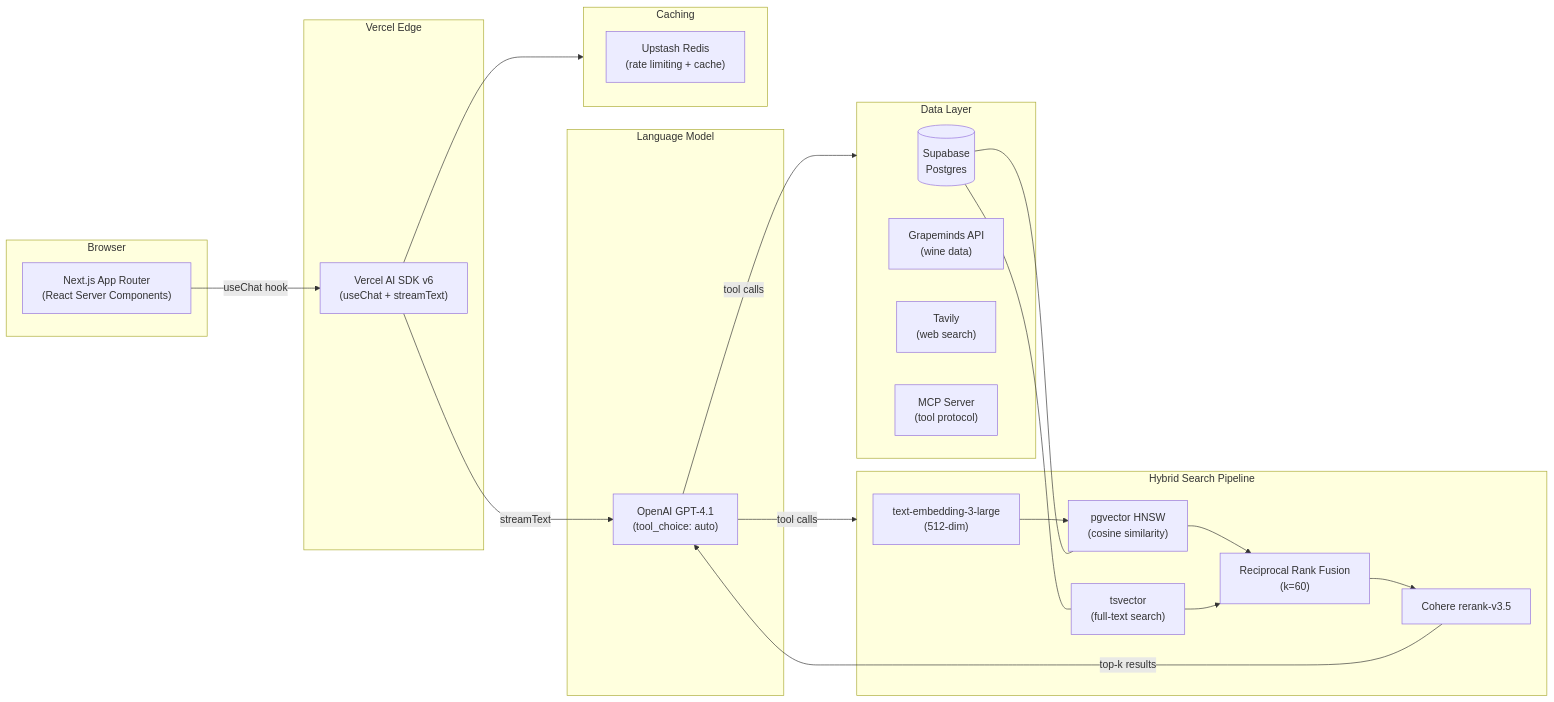
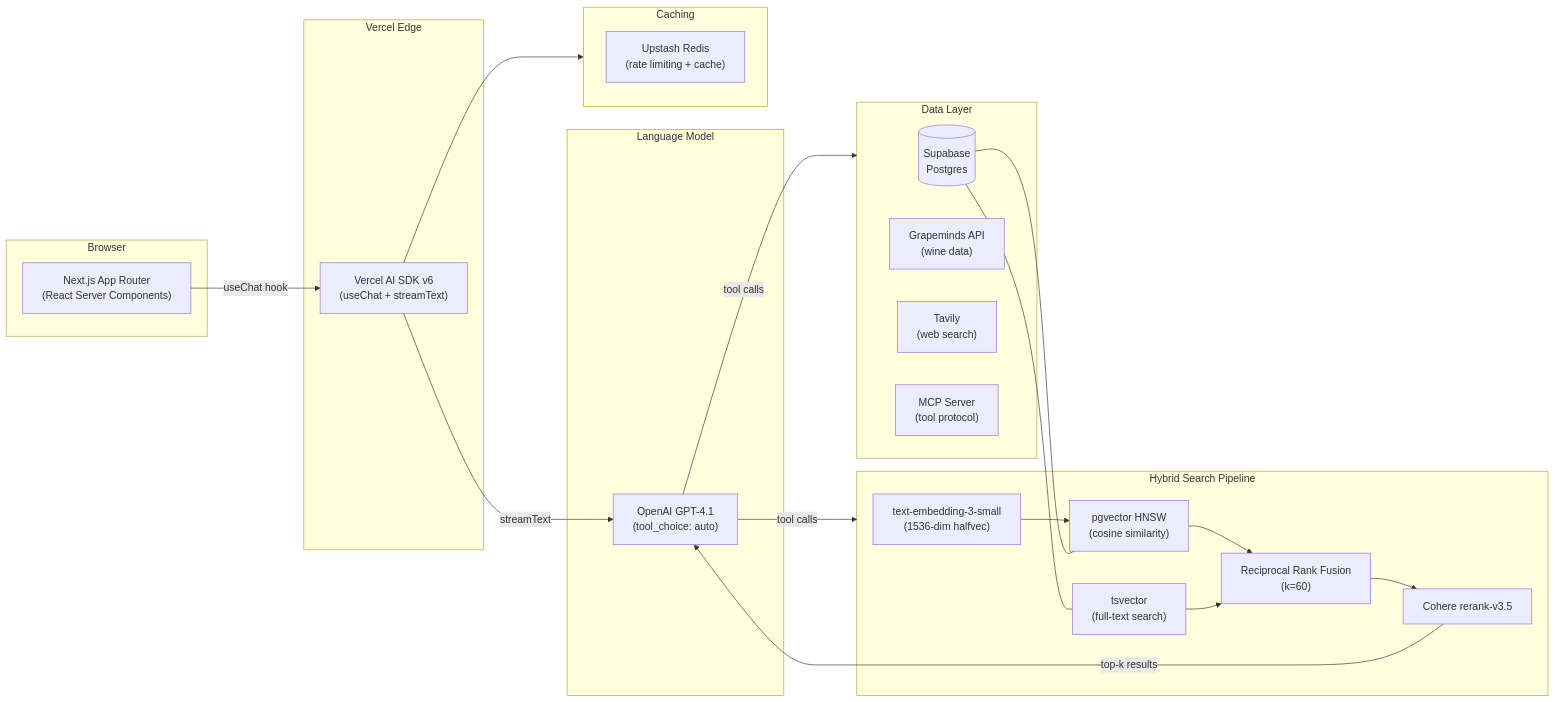
The diagram in README.md (AIJSAI/vinny-showcase), drawn with Mermaid before and after one commit. The commit also changed other lines of this file and 1 other file, not shown here.

First line of the commit message:
docs: correct embedding model, catalog provenance, and Phase 17 status

````diff
--- a/README.md
+++ b/README.md
@@ -21,46 +21,46 @@
 ```mermaid
 flowchart LR
     subgraph Client["Browser"]
         UI["Next.js App Router\n(React Server Components)"]
     end
 
     subgraph Edge["Vercel Edge"]
         AI["Vercel AI SDK v6\n(useChat + streamText)"]
     end
 
     subgraph LLM["Language Model"]
         GPT["OpenAI GPT-4.1\n(tool_choice: auto)"]
     end
 
     subgraph RAG["Hybrid Search Pipeline"]
-        EMB["text-embedding-3-large\n(512-dim)"]
+        EMB["text-embedding-3-small\n(1536-dim halfvec)"]
         VEC["pgvector HNSW\n(cosine similarity)"]
         FTS["tsvector\n(full-text search)"]
         RRF["Reciprocal Rank Fusion\n(k=60)"]
         RR["Cohere rerank-v3.5"]
     end
 
     subgraph Data["Data Layer"]
         SB[("Supabase\nPostgres")]
         GM["Grapeminds API\n(wine data)"]
         WEB["Tavily\n(web search)"]
         MCP["MCP Server\n(tool protocol)"]
     end
 
     subgraph Cache["Caching"]
         Redis["Upstash Redis\n(rate limiting + cache)"]
     end
 
     UI -->|useChat hook| AI
     AI -->|streamText| GPT
     GPT -->|tool calls| RAG
     EMB --> VEC
     VEC --> RRF
     FTS --> RRF
     RRF --> RR
     RR -->|top-k results| GPT
     GPT -->|tool calls| Data
     SB --- VEC
     SB --- FTS
     AI --> Cache
 ```
````
